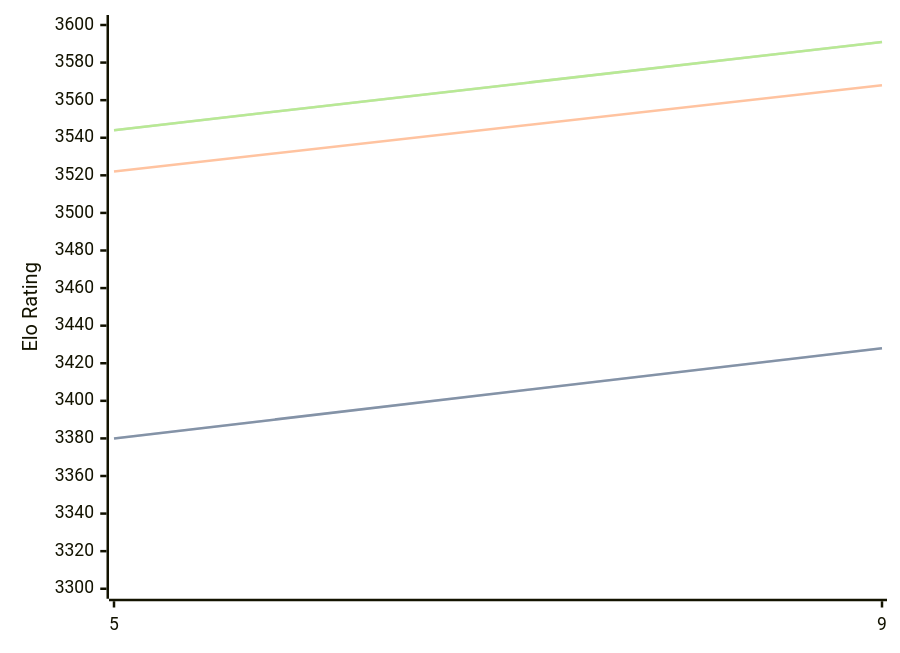
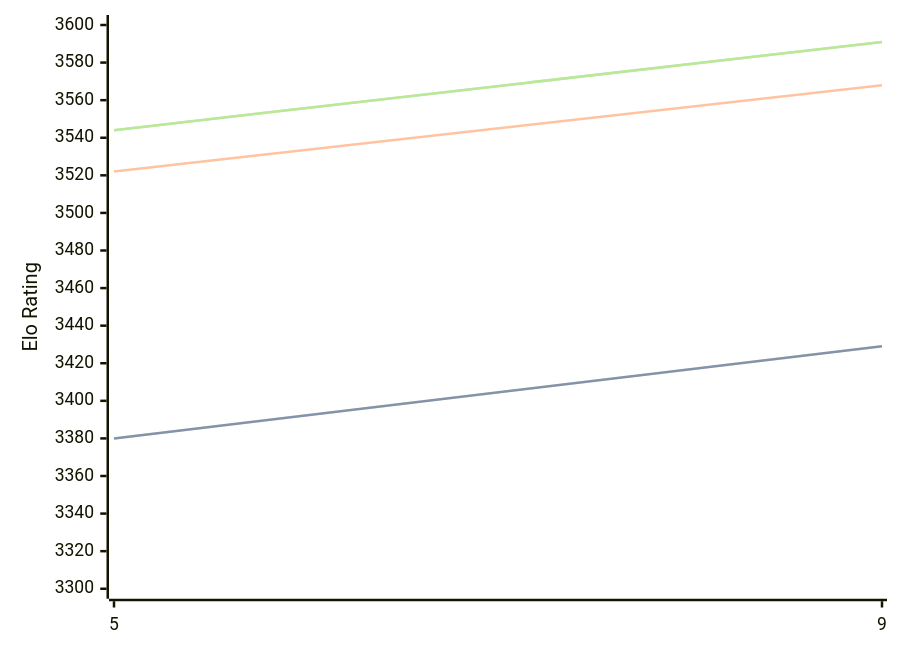
One commit to computer-chess-index/cci changed the diagram in engines/Crystal.md. Above: the diagram before and after it, drawn with Mermaid. The commit also changed other lines of this file, not shown here.

````diff
--- a/engines/Crystal.md
+++ b/engines/Crystal.md
@@ -32,11 +32,11 @@
 ```mermaid
 %%{init: {"theme":"base","themeVariables":{"seriesColors:['#a3a3a3','#222221','#faa371']}}}%%
 xychart-beta
   x-axis ["5", "9"]
   y-axis "Elo Rating" 3300 --> 3600
-  line "" [3380, 3428]
-  line "STC (8.0+0.08s)" [3380, 3428]
+  line "" [3380, 3429]
+  line "STC (8.0+0.08s)" [3380, 3429]
   line "LTC (60.0+0.60s)" [3522, 3568]
   line "" [3544, 3591]
   line "VLTC (2m24s+1.12s)" [3544, 3591]
 ```
````
